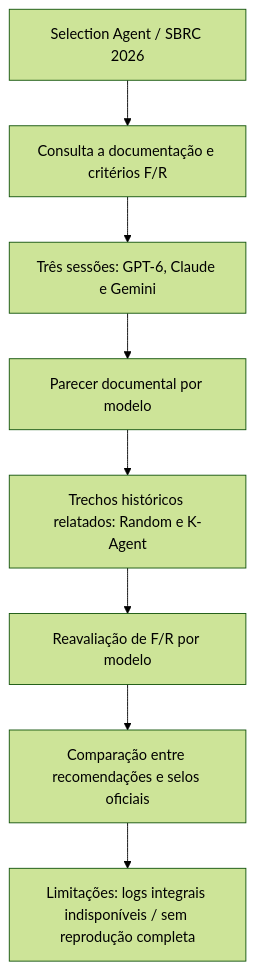
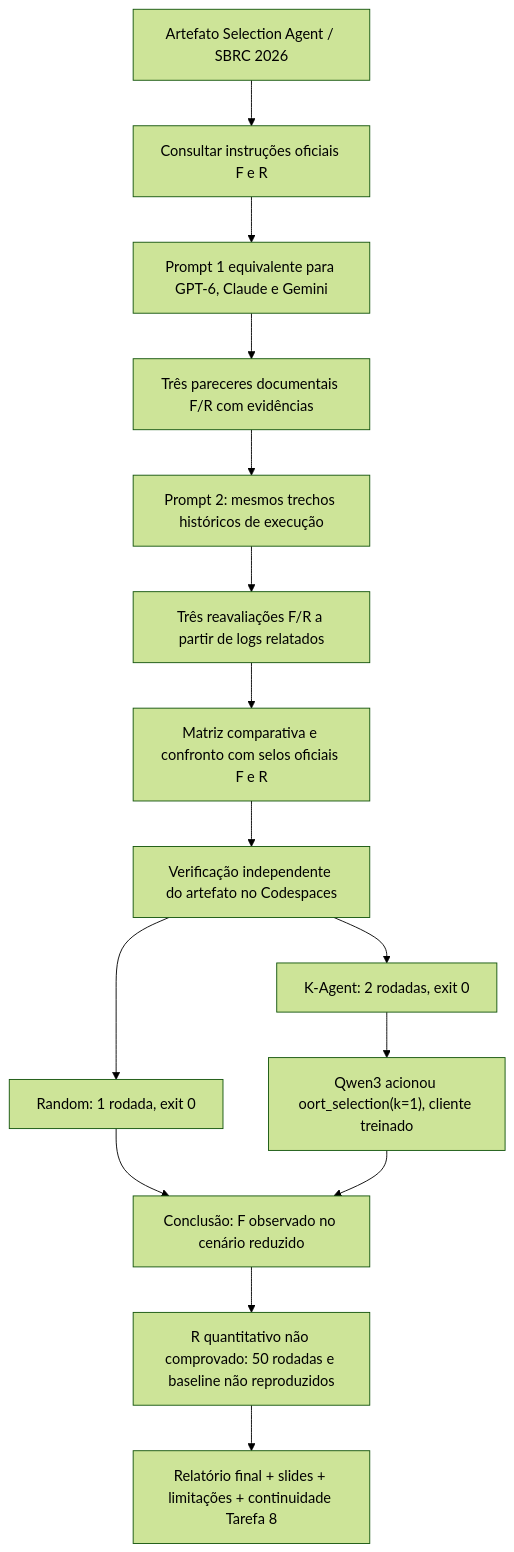
Before and after one commit to fernandomarquesaluno-svg/ativ_revisao_artfatos_multiplas_llms: the diagram in FLUXOGRAMA.md, drawn with Mermaid (forest theme). The commit also changed other lines of this file, not shown here.

Commit message:
docs: corrigir fluxograma com testes reais e proveniência dos pareceres

````diff
--- a/FLUXOGRAMA.md
+++ b/FLUXOGRAMA.md
@@ -5,10 +5,17 @@
 ```mermaid
 flowchart TD
- A["Selection Agent / SBRC 2026"] --> B["Consulta a documentação e critérios F/R"]
- B --> C["Três sessões: GPT-6, Claude e Gemini"]
- C --> D["Parecer documental por modelo"]
- D --> E["Trechos históricos relatados: Random e K-Agent"]
- E --> F["Reavaliação de F/R por modelo"]
- F --> G["Comparação entre recomendações e selos oficiais"]
- G --> H["Limitações: logs integrais indisponíveis / sem reprodução completa"]
+    A["Artefato Selection Agent / SBRC 2026"] --> B["Consultar instruções oficiais F e R"]
+    B --> C["Prompt 1 equivalente para GPT-6, Claude e Gemini"]
+    C --> D["Três pareceres documentais F/R com evidências"]
+    D --> E["Prompt 2: mesmos trechos históricos de execução"]
+    E --> F["Três reavaliações F/R a partir de logs relatados"]
+    F --> G["Matriz comparativa e confronto com selos oficiais F e R"]
+    G --> H["Verificação independente do artefato no Codespaces"]
+    H --> I["Random: 1 rodada, exit 0"]
+    H --> J["K-Agent: 2 rodadas, exit 0"]
+    J --> K["Qwen3 acionou oort_selection(k=1), cliente treinado"]
+    I --> L["Conclusão: F observado no cenário reduzido"]
+    K --> L
+    L --> M["R quantitativo não comprovado: 50 rodadas e baseline não reproduzidos"]
+    M --> N["Relatório final + slides + limitações + continuidade Tarefa 8"]
 ```
````
